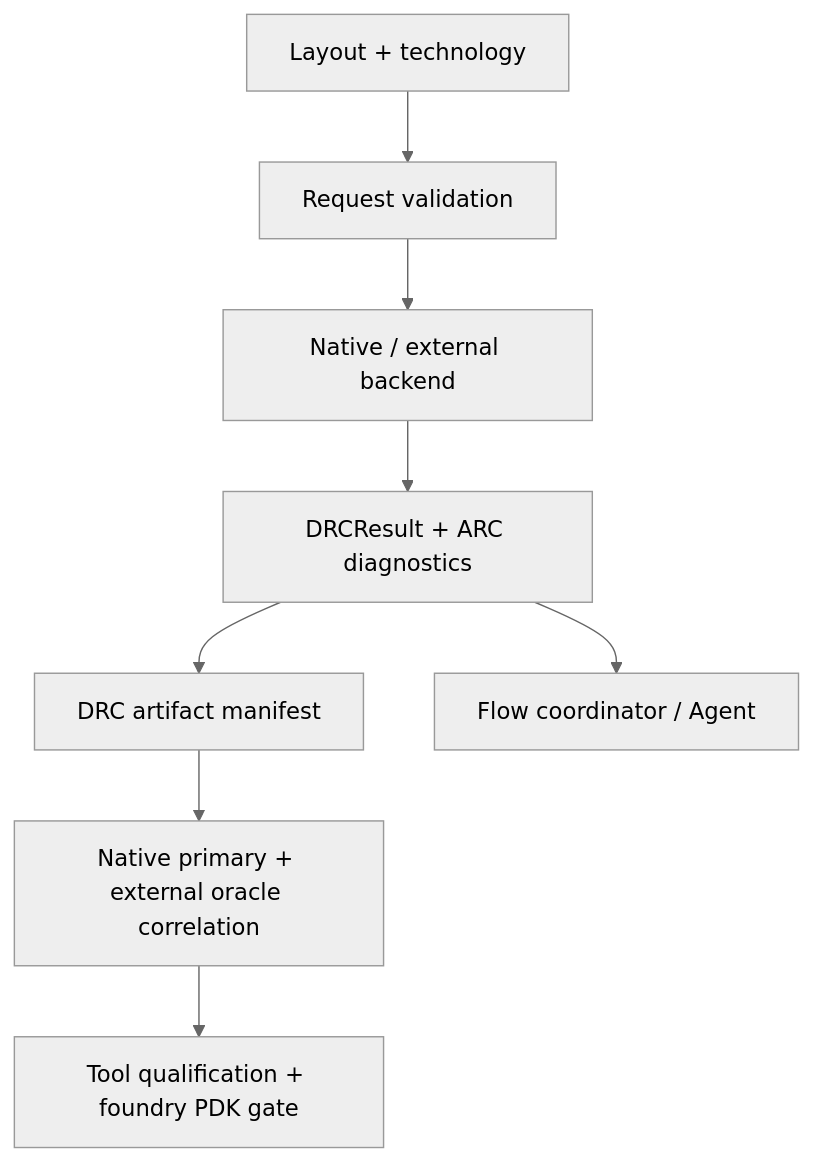
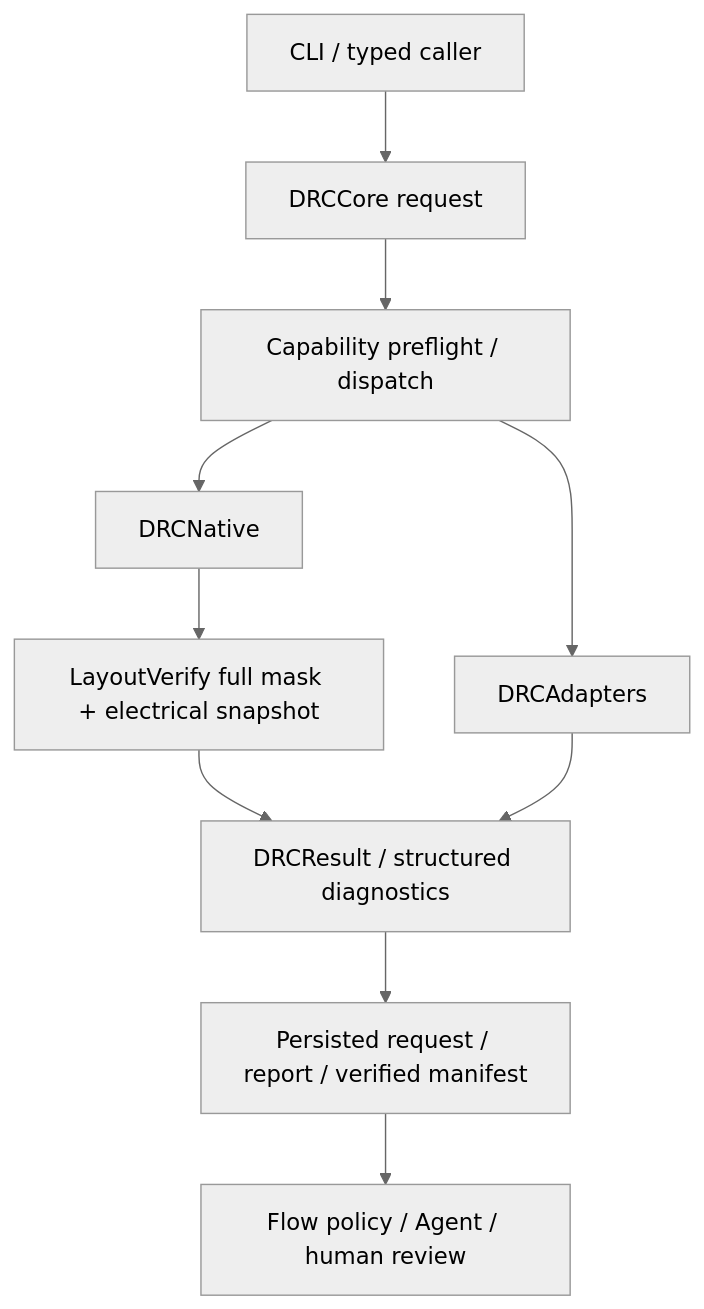
The diagram in DESIGN.md (1amageek/DRCEngine), drawn with Mermaid (neutral theme) before and after one commit. The commit also changed other lines of this file and 26 other files, not shown here.

Commit message:
Make DRC electrical context explicit and verifiable

````diff
--- a/DESIGN.md
+++ b/DESIGN.md
@@ -10,10 +31,12 @@
 ```mermaid
 flowchart TD
-    Input["Layout + technology"] --> Validate["Request validation"]
-    Validate --> Backend["Native / external backend"]
-    Backend --> Domain["DRCResult + ARC diagnostics"]
-    Domain --> Persist["DRC artifact manifest"]
-    Domain --> Flow["Flow coordinator / Agent"]
-    Persist --> Correlate["Native primary + external oracle correlation"]
-    Correlate --> Gate["Tool qualification + foundry PDK gate"]
+    CLI["CLI / typed caller"] --> Core["DRCCore request"]
+    Core --> Runtime["Capability preflight / dispatch"]
+    Runtime --> Native["DRCNative"]
+    Runtime --> External["DRCAdapters"]
+    Native --> Layout["LayoutVerify full mask + electrical snapshot"]
+    Layout --> Result["DRCResult / structured diagnostics"]
+    External --> Result
+    Result --> Artifacts["Persisted request / report / verified manifest"]
+    Artifacts --> Flow["Flow policy / Agent / human review"]
 ```
````
